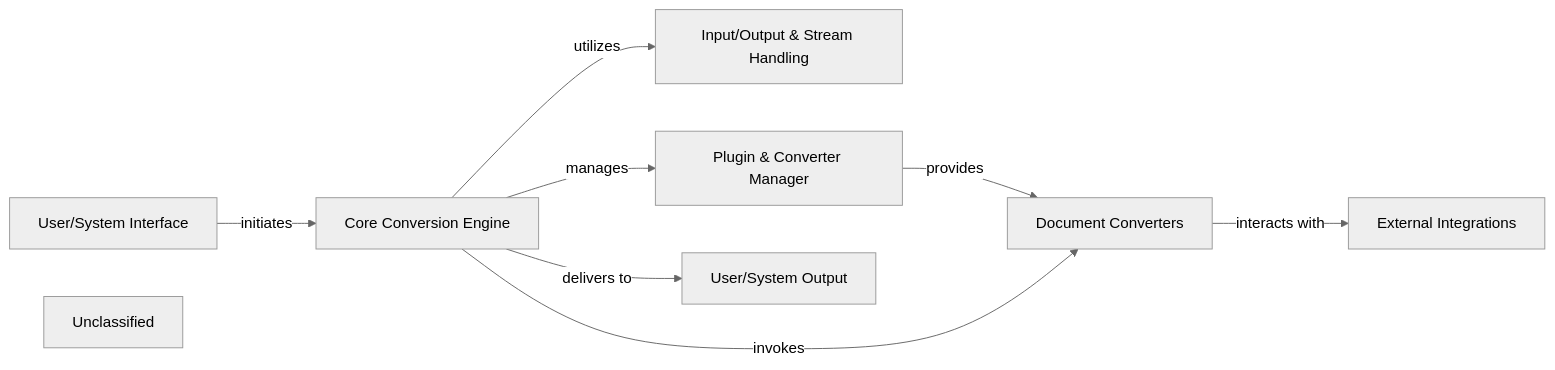
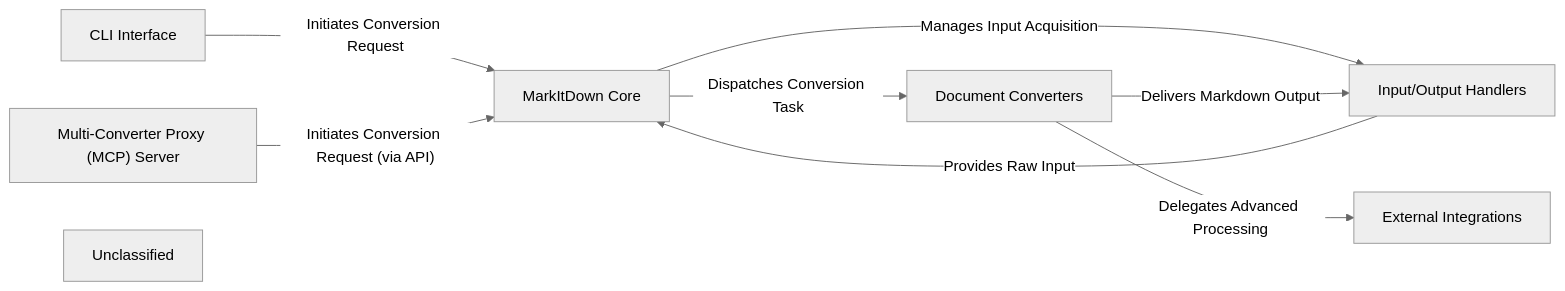
The diagram in markitdown/on_boarding.md (CodeBoarding/GeneratedOnBoardings), drawn with Mermaid (neutral theme) before and after one commit. The commit also changed other lines of this file, not shown here.

````diff
--- a/markitdown/on_boarding.md
+++ b/markitdown/on_boarding.md
@@ -1,18 +1,17 @@
 ```mermaid
 graph LR
-    User_System_Interface["User/System Interface"]
-    Core_Conversion_Engine["Core Conversion Engine"]
-    Input_Output_Stream_Handling["Input/Output & Stream Handling"]
-    Plugin_Converter_Manager["Plugin & Converter Manager"]
+    CLI_Interface["CLI Interface"]
+    MarkItDown_Core["MarkItDown Core"]
     Document_Converters["Document Converters"]
     External_Integrations["External Integrations"]
-    User_System_Output["User/System Output"]
+    Input_Output_Handlers["Input/Output Handlers"]
+    Multi_Converter_Proxy_MCP_Server["Multi-Converter Proxy (MCP) Server"]
     Unclassified["Unclassified"]
-    User_System_Interface -- "initiates" --> Core_Conversion_Engine
-    Core_Conversion_Engine -- "utilizes" --> Input_Output_Stream_Handling
-    Core_Conversion_Engine -- "manages" --> Plugin_Converter_Manager
-    Plugin_Converter_Manager -- "provides" --> Document_Converters
-    Core_Conversion_Engine -- "invokes" --> Document_Converters
-    Document_Converters -- "interacts with" --> External_Integrations
-    Core_Conversion_Engine -- "delivers to" --> User_System_Output
+    CLI_Interface -- "Initiates Conversion Request" --> MarkItDown_Core
+    Multi_Converter_Proxy_MCP_Server -- "Initiates Conversion Request (via API)" --> MarkItDown_Core
+    MarkItDown_Core -- "Manages Input Acquisition" --> Input_Output_Handlers
+    MarkItDown_Core -- "Dispatches Conversion Task" --> Document_Converters
+    Document_Converters -- "Delegates Advanced Processing" --> External_Integrations
+    Document_Converters -- "Delivers Markdown Output" --> Input_Output_Handlers
+    Input_Output_Handlers -- "Provides Raw Input" --> MarkItDown_Core
 ```
````
